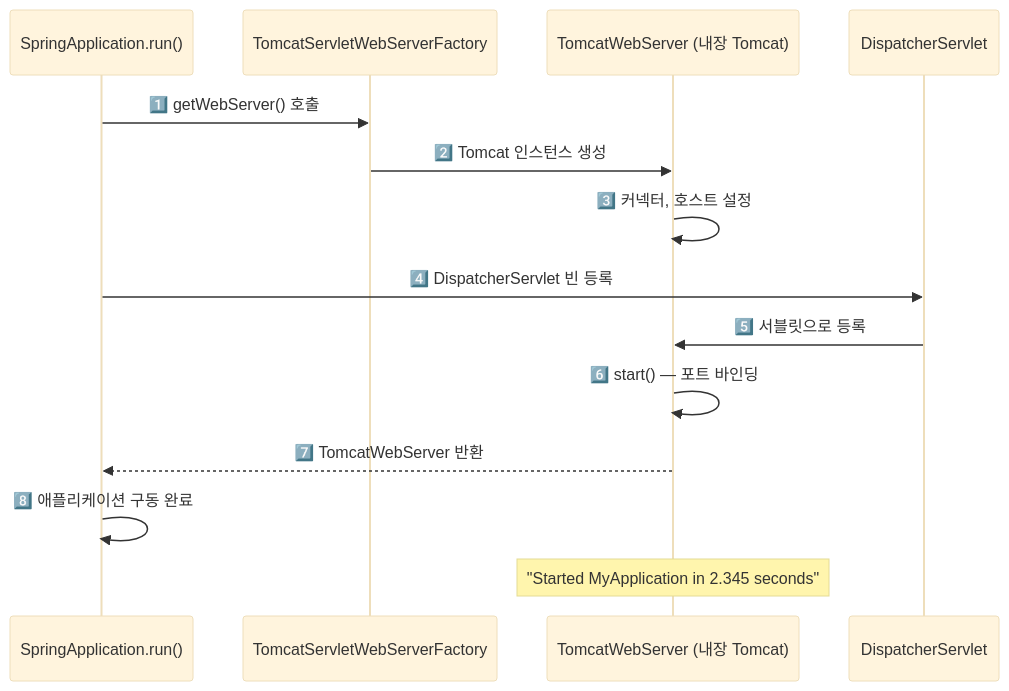
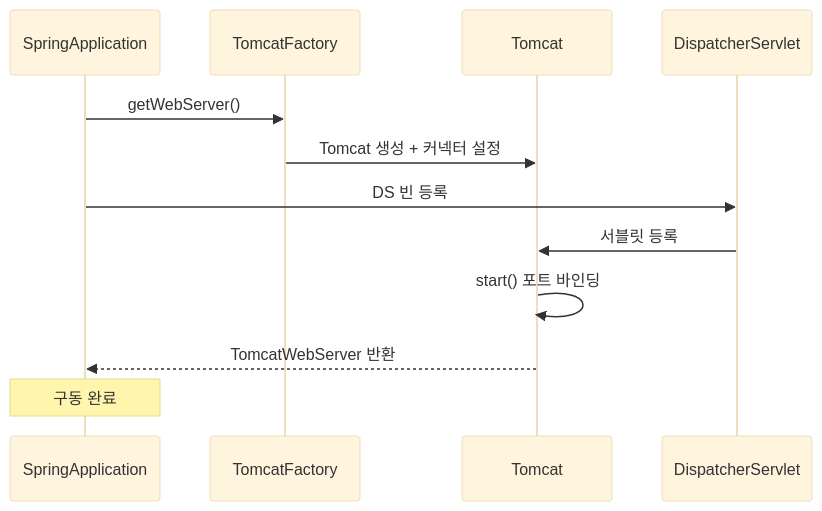
One commit to yjkim2015/yjkim2015.github.io changed the fifth of 7 diagrams in _posts/spring/2026-05-02-spring-boot-autoconfigure.md. Above: the diagram before and after it, drawn with Mermaid (base theme). The commit also changed other lines of this file and 215 other files, not shown here.

First line of the commit message:
신규 포스트 10개 추가 + Mermaid 전면 축소 + SystemDesign 시리즈 보강

````diff
--- a/_posts/spring/2026-05-02-spring-boot-autoconfigure.md
+++ b/_posts/spring/2026-05-02-spring-boot-autoconfigure.md
@@ -466,17 +448,14 @@
 ```mermaid
 sequenceDiagram
-    participant SA as SpringApplication.run()
-    participant SF as TomcatServletWebServerFactory
-    participant TC as TomcatWebServer (내장 Tomcat)
+    participant SA as SpringApplication
+    participant SF as TomcatFactory
+    participant TC as Tomcat
     participant DS as DispatcherServlet
-
-    SA->>SF: 1️⃣ getWebServer() 호출
-    SF->>TC: 2️⃣ Tomcat 인스턴스 생성
-    TC->>TC: 3️⃣ 커넥터, 호스트 설정
-    SA->>DS: 4️⃣ DispatcherServlet 빈 등록
-    DS->>TC: 5️⃣ 서블릿으로 등록
-    TC->>TC: 6️⃣ start() — 포트 바인딩
-    TC-->>SA: 7️⃣ TomcatWebServer 반환
-    SA->>SA: 8️⃣ 애플리케이션 구동 완료
-    Note over TC: "Started MyApplication in 2.345 seconds"
+    SA->>SF: getWebServer()
+    SF->>TC: Tomcat 생성 + 커넥터 설정
+    SA->>DS: DS 빈 등록
+    DS->>TC: 서블릿 등록
+    TC->>TC: start() 포트 바인딩
+    TC-->>SA: TomcatWebServer 반환
+    Note over SA: 구동 완료
 ```
````
